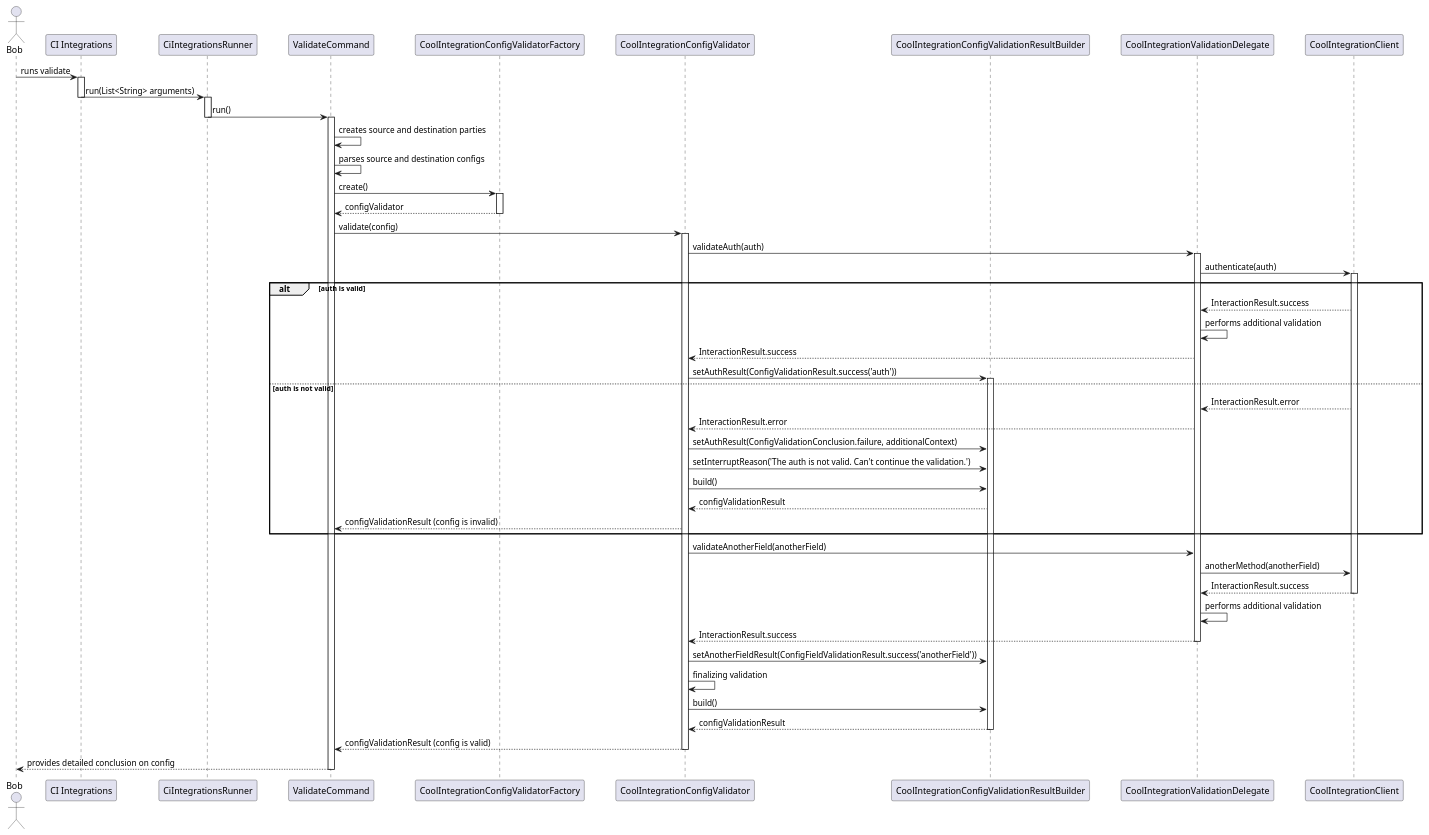
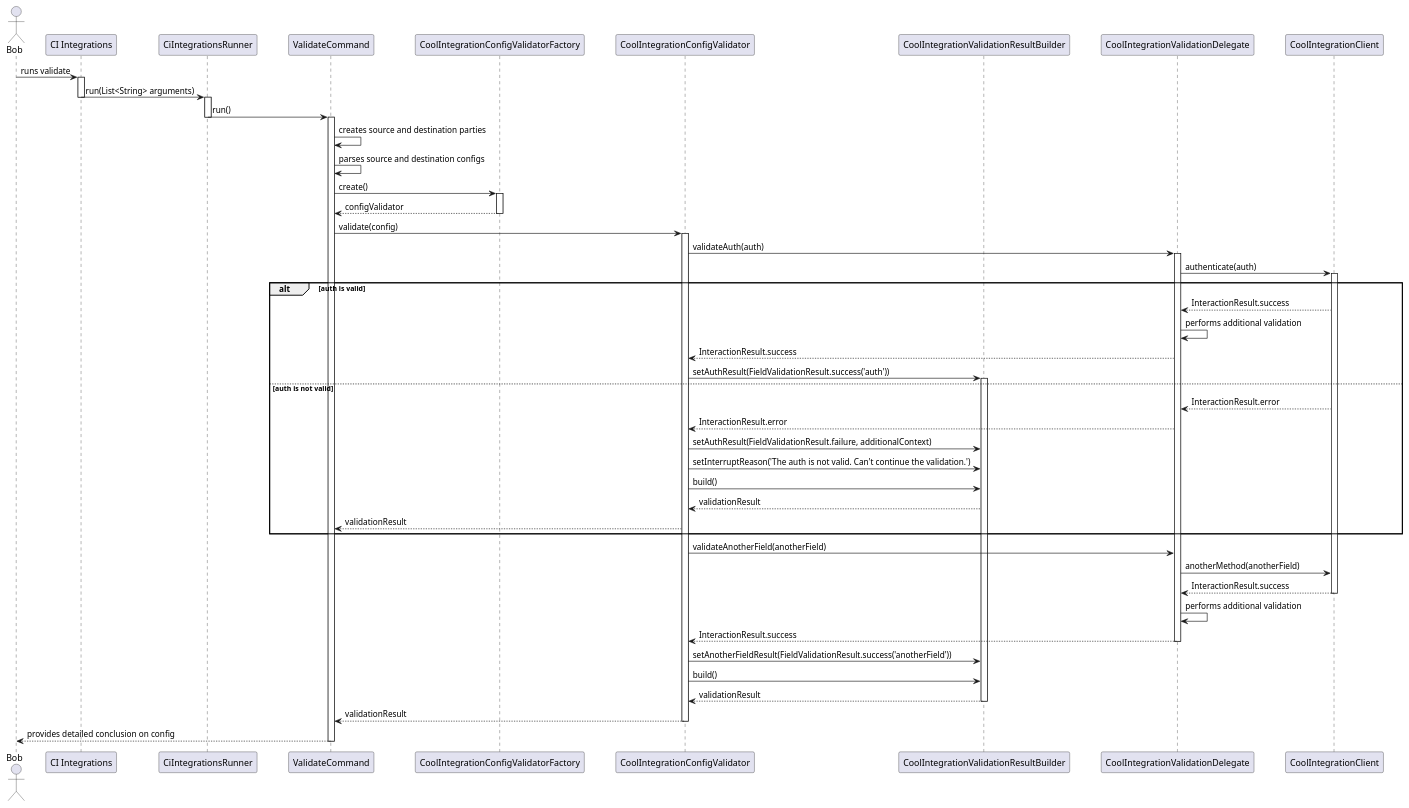
Before and after one commit to Flank/flank-dashboard: the diagram in metrics/ci_integrations/docs/diagrams/ci_integrations_config_validator_sequence_diagram.puml, drawn with PlantUML.

Commit message:
Improve sequence diagram

```diff
--- a/metrics/ci_integrations/docs/diagrams/ci_integrations_config_validator_sequence_diagram.puml
+++ b/metrics/ci_integrations/docs/diagrams/ci_integrations_config_validator_sequence_diagram.puml
@@ -1,94 +1,93 @@
 @startuml ci_integrations_config_validator_sequence_diagram
 
 skinparam ParticipantPadding 20
 skinparam BoxPadding 10
 
 actor Bob
 
 participant "CI Integrations"
 participant CiIntegrationsRunner
 participant ValidateCommand
 participant CoolIntegrationConfigValidatorFactory
 participant CoolIntegrationConfigValidator
-participant CoolIntegrationConfigValidationResultBuilder
+participant CoolIntegrationValidationResultBuilder
 participant CoolIntegrationValidationDelegate
 participant CoolIntegrationClient
 
 Bob -> "CI Integrations" : runs validate
 activate "CI Integrations"
 
 "CI Integrations" -> CiIntegrationsRunner: run(List<String> arguments)
 deactivate "CI Integrations"
 activate CiIntegrationsRunner
 
 CiIntegrationsRunner -> ValidateCommand: run()
 deactivate CiIntegrationsRunner
 activate ValidateCommand
 
 ValidateCommand -> ValidateCommand : creates source and destination parties
 ValidateCommand -> ValidateCommand : parses source and destination configs
 
 ValidateCommand -> CoolIntegrationConfigValidatorFactory : create()
 activate CoolIntegrationConfigValidatorFactory
 
 CoolIntegrationConfigValidatorFactory --> ValidateCommand : configValidator
 deactivate CoolIntegrationConfigValidatorFactory
 
 ValidateCommand -> CoolIntegrationConfigValidator : validate(config)
 activate CoolIntegrationConfigValidator
 
 CoolIntegrationConfigValidator -> CoolIntegrationValidationDelegate : validateAuth(auth)
 activate CoolIntegrationValidationDelegate
 
 CoolIntegrationValidationDelegate -> CoolIntegrationClient : authenticate(auth)
 activate  CoolIntegrationClient
 
 alt auth is valid
 
     CoolIntegrationClient --> CoolIntegrationValidationDelegate : InteractionResult.success
     CoolIntegrationValidationDelegate -> CoolIntegrationValidationDelegate : performs additional validation
     CoolIntegrationValidationDelegate --> CoolIntegrationConfigValidator : InteractionResult.success
-    CoolIntegrationConfigValidator -> CoolIntegrationConfigValidationResultBuilder : setAuthResult(ConfigValidationResult.success('auth'))
-    activate CoolIntegrationConfigValidationResultBuilder
+    CoolIntegrationConfigValidator -> CoolIntegrationValidationResultBuilder : setAuthResult(FieldValidationResult.success('auth'))
+    activate CoolIntegrationValidationResultBuilder
 
 
 else auth is not valid
 
     CoolIntegrationClient --> CoolIntegrationValidationDelegate : InteractionResult.error
     CoolIntegrationValidationDelegate --> CoolIntegrationConfigValidator : InteractionResult.error
-    CoolIntegrationConfigValidator -> CoolIntegrationConfigValidationResultBuilder : setAuthResult(ConfigValidationConclusion.failure, additionalContext)
-    CoolIntegrationConfigValidator -> CoolIntegrationConfigValidationResultBuilder : setInterruptReason('The auth is not valid. Can't continue the validation.')
-    CoolIntegrationConfigValidator -> CoolIntegrationConfigValidationResultBuilder : build()
-    CoolIntegrationConfigValidationResultBuilder --> CoolIntegrationConfigValidator : configValidationResult
+    CoolIntegrationConfigValidator -> CoolIntegrationValidationResultBuilder : setAuthResult(FieldValidationResult.failure, additionalContext)
+    CoolIntegrationConfigValidator -> CoolIntegrationValidationResultBuilder : setInterruptReason('The auth is not valid. Can't continue the validation.')
+    CoolIntegrationConfigValidator -> CoolIntegrationValidationResultBuilder : build()
+    CoolIntegrationValidationResultBuilder --> CoolIntegrationConfigValidator : validationResult
 
-    CoolIntegrationConfigValidator --> ValidateCommand : configValidationResult (config is invalid)
+    CoolIntegrationConfigValidator --> ValidateCommand : validationResult
 
 end
 
 
 CoolIntegrationConfigValidator -> CoolIntegrationValidationDelegate : validateAnotherField(anotherField)
 CoolIntegrationValidationDelegate -> CoolIntegrationClient : anotherMethod(anotherField)
 
 CoolIntegrationClient --> CoolIntegrationValidationDelegate : InteractionResult.success
 deactivate CoolIntegrationClient
 
 CoolIntegrationValidationDelegate -> CoolIntegrationValidationDelegate : performs additional validation
 CoolIntegrationValidationDelegate --> CoolIntegrationConfigValidator : InteractionResult.success
 deactivate CoolIntegrationValidationDelegate
 
-CoolIntegrationConfigValidator -> CoolIntegrationConfigValidationResultBuilder : setAnotherFieldResult(ConfigFieldValidationResult.success('anotherField'))
-CoolIntegrationConfigValidator -> CoolIntegrationConfigValidator : finalizing validation
-CoolIntegrationConfigValidator -> CoolIntegrationConfigValidationResultBuilder : build()
-CoolIntegrationConfigValidationResultBuilder --> CoolIntegrationConfigValidator : configValidationResult
+CoolIntegrationConfigValidator -> CoolIntegrationValidationResultBuilder : setAnotherFieldResult(FieldValidationResult.success('anotherField'))
+CoolIntegrationConfigValidator -> CoolIntegrationValidationResultBuilder : build()
+CoolIntegrationValidationResultBuilder --> CoolIntegrationConfigValidator : validationResult
 
-deactivate CoolIntegrationConfigValidationResultBuilder
+deactivate CoolIntegrationValidationResultBuilder
 
-CoolIntegrationConfigValidator --> ValidateCommand : configValidationResult (config is valid)
+CoolIntegrationConfigValidator --> ValidateCommand : validationResult
 
 deactivate CoolIntegrationConfigValidator
 
 ValidateCommand --> Bob : provides detailed conclusion on config
 
 deactivate ValidateCommand
 
 @enduml
```
